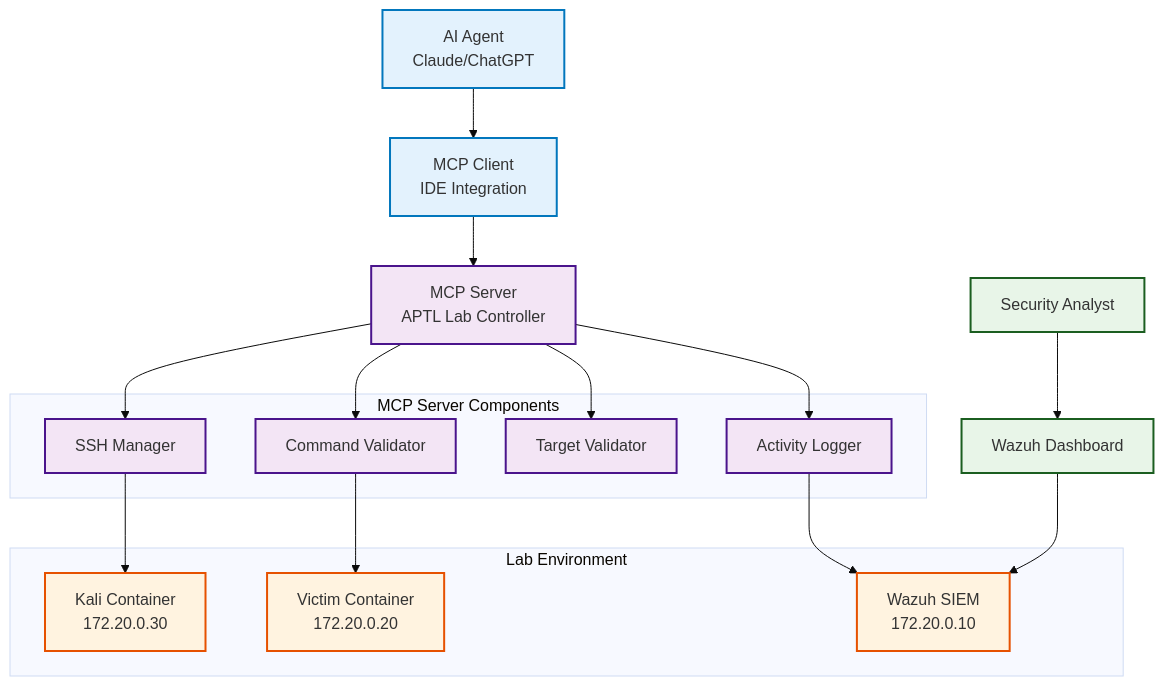
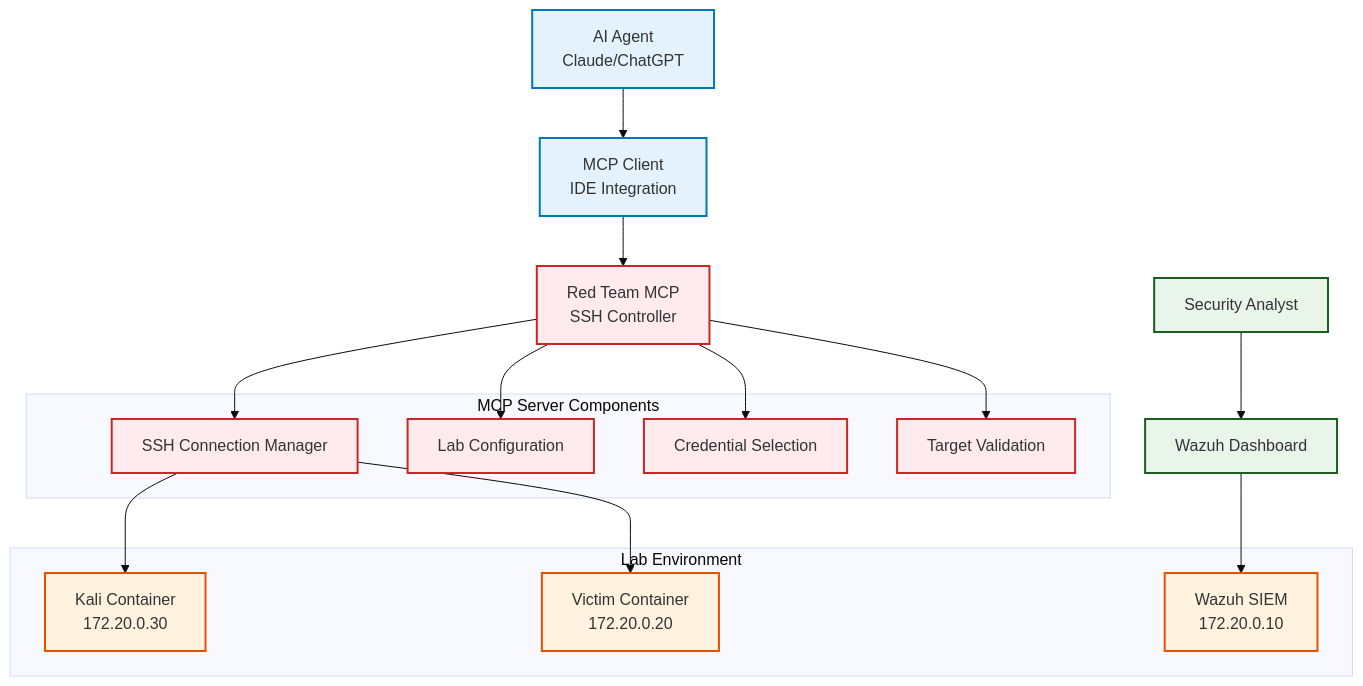
Before and after one commit to PaloAltoNetworks/shifter: the diagram in docs/components/mcp-integration.md, drawn with Mermaid (base theme). The commit also changed other lines of this file and 2 other files, not shown here.

Commit message:
fix: mcp docs now reflect current MCP

````diff
--- a/docs/components/mcp-integration.md
+++ b/docs/components/mcp-integration.md
@@ -19,40 +21,39 @@
 ```mermaid
 flowchart TD
     A[AI Agent<br/>Claude/ChatGPT] --> B[MCP Client<br/>IDE Integration]
-    B --> C[MCP Server<br/>APTL Lab Controller]
+    B --> C[Red Team MCP<br/>SSH Controller]
     
     subgraph "MCP Server Components"
-        D[SSH Manager]
-        E[Command Validator]  
-        F[Target Validator]
-        G[Activity Logger]
+        D[SSH Connection Manager]
+        E[Lab Configuration]  
+        F[Credential Selection]
+        G[Target Validation]
     end
     
     C --> D
     C --> E
     C --> F
     C --> G
     
     subgraph "Lab Environment"
         H[Kali Container<br/>172.20.0.30]
         I[Victim Container<br/>172.20.0.20]
         J[Wazuh SIEM<br/>172.20.0.10]
     end
     
     D --> H
-    E --> I
-    G --> J
+    D --> I
     
     K[Security Analyst] --> L[Wazuh Dashboard]
     L --> J
     
     classDef ai fill:#e3f2fd,stroke:#0277bd,stroke-width:2px
-    classDef mcp fill:#f3e5f5,stroke:#4a148c,stroke-width:2px
+    classDef mcp fill:#ffebee,stroke:#c62828,stroke-width:2px
     classDef lab fill:#fff3e0,stroke:#e65100,stroke-width:2px
     classDef analyst fill:#e8f5e8,stroke:#1b5e20,stroke-width:2px
     
     class A,B ai
     class C,D,E,F,G mcp
     class H,I,J lab
     class K,L analyst
 ```
````
